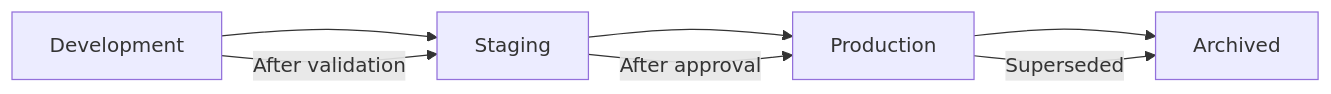
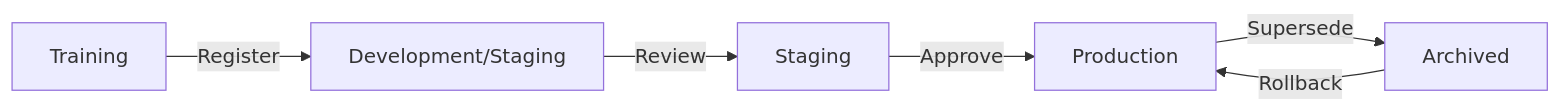
One commit to vanos001/placement_prep changed the diagram in src/ml/mlops/model-registry.md. Above: the diagram before and after it, drawn with Mermaid. The commit also changed other lines of this file and 20 other files, not shown here.

````diff
--- a/src/ml/mlops/model-registry.md
+++ b/src/ml/mlops/model-registry.md
@@ -28,10 +9,8 @@
 ```mermaid
 graph LR
-    DEV[Development] --> STAGING[Staging]
-    STAGING --> PROD[Production]
-    PROD --> ARCHIVED[Archived]
-    
-    DEV -->|"After validation"| STAGING
-    STAGING -->|"After approval"| PROD
-    PROD -->|"Superseded"| ARCHIVED
+    A[Training] -->|Register| B[Development/Staging]
+    B -->|Review| C[Staging]
+    C -->|Approve| D[Production]
+    D -->|Supersede| E[Archived]
+    E -->|Rollback| D
 ```
````
